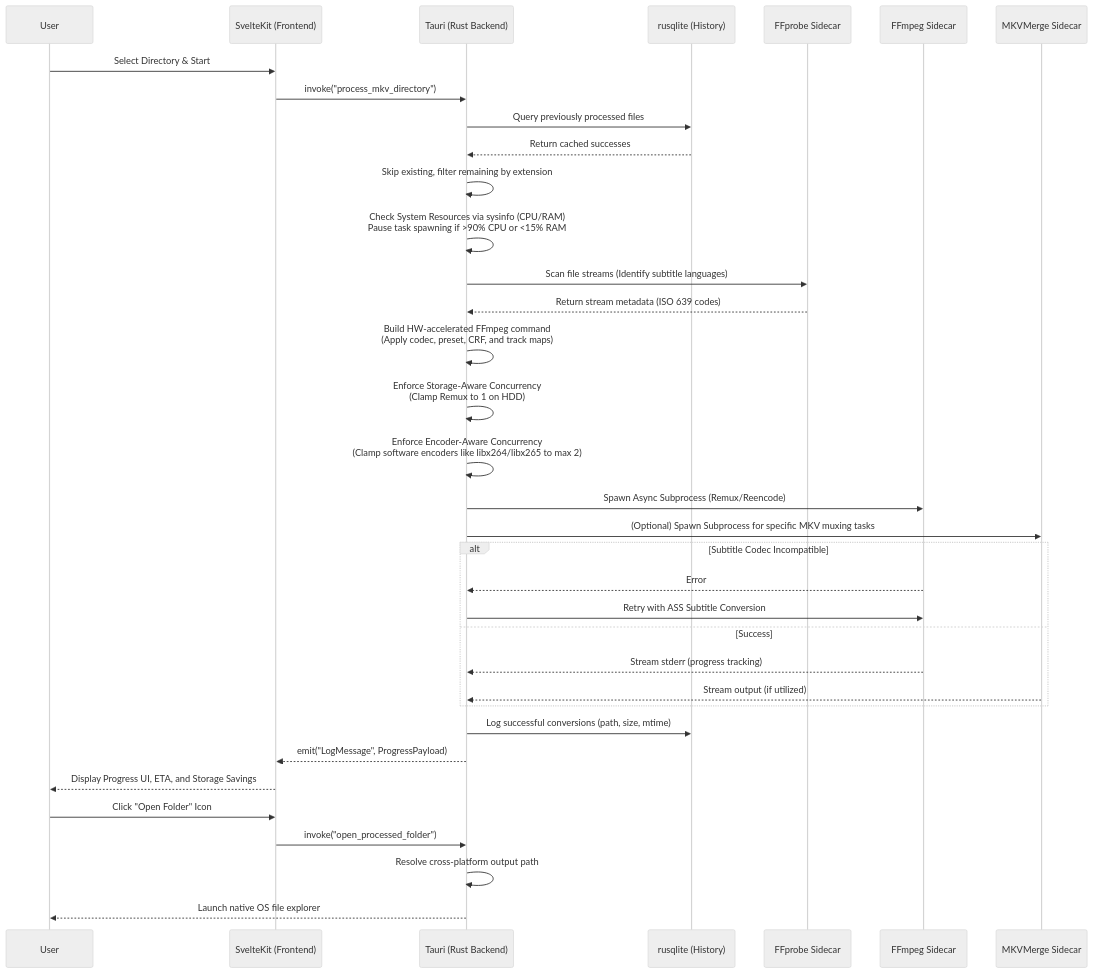
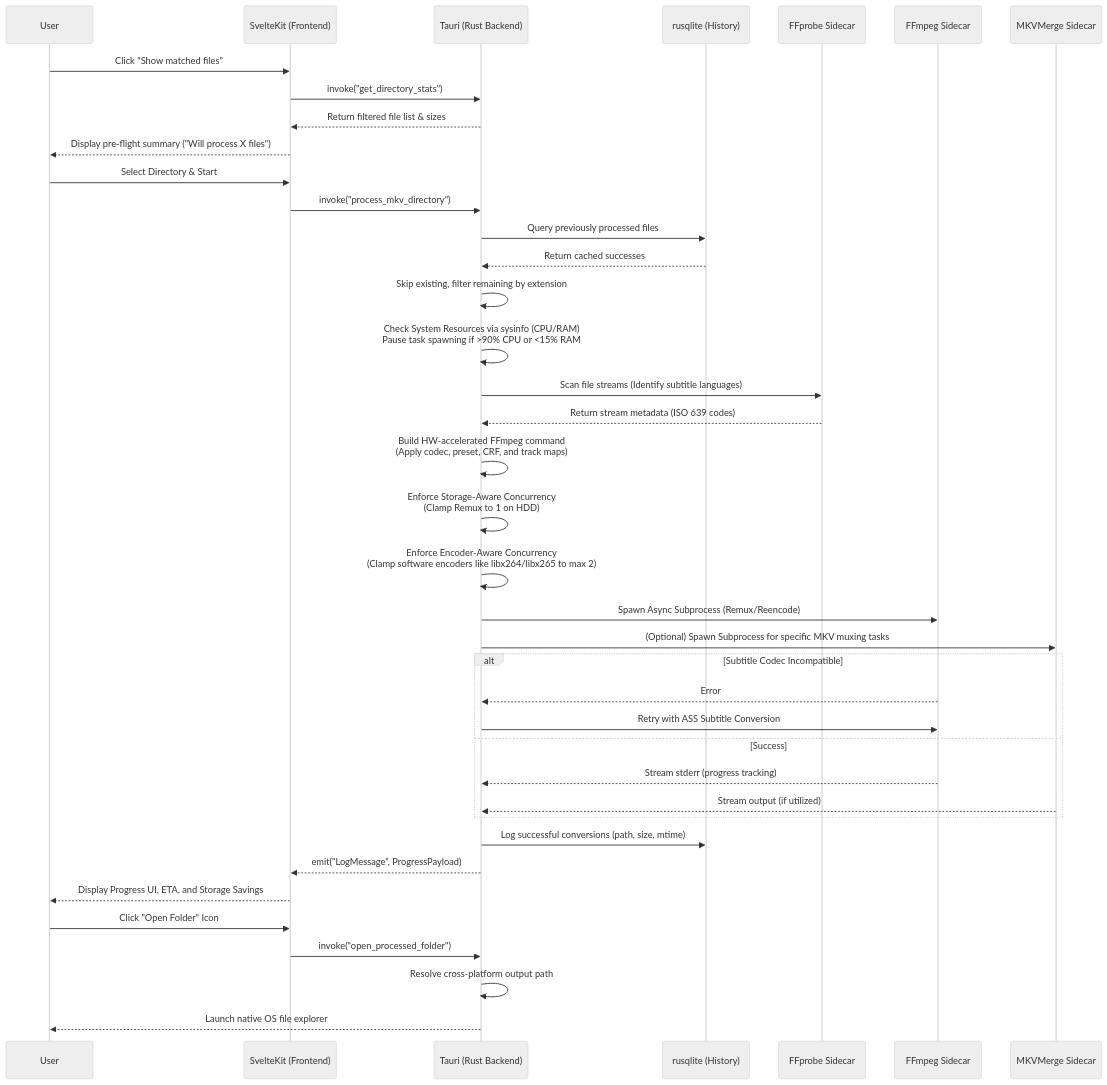
One commit to Cuates/rust changed the diagram in mkv-filter-metadata/docs/KNOWLEDGE_GRAPH.md. Above: the diagram before and after it, drawn with Mermaid (neutral theme). The commit also changed other lines of this file and 51 other files, not shown here.

````diff
--- a/mkv-filter-metadata/docs/KNOWLEDGE_GRAPH.md
+++ b/mkv-filter-metadata/docs/KNOWLEDGE_GRAPH.md
@@ -13,48 +13,54 @@
 ```mermaid
 sequenceDiagram
     participant User
     participant Frontend as SvelteKit (Frontend)
     participant Backend as Tauri (Rust Backend)
     participant SQLite as rusqlite (History)
     participant FFprobe as FFprobe Sidecar
     participant FFmpeg as FFmpeg Sidecar
     participant MKVMerge as MKVMerge Sidecar
+
+    %% Pre-flight Phase
+    User->>Frontend: Click "Show matched files"
+    Frontend->>Backend: invoke("get_directory_stats")
+    Backend-->>Frontend: Return filtered file list & sizes
+    Frontend-->>User: Display pre-flight summary ("Will process X files")
 
     User->>Frontend: Select Directory & Start
     Frontend->>Backend: invoke("process_mkv_directory")
     
     %% Idempotent Checks
     Backend->>SQLite: Query previously processed files
     SQLite-->>Backend: Return cached successes
     Backend->>Backend: Skip existing, filter remaining by extension
     
     %% Processing Phase
     Backend->>Backend: Check System Resources via sysinfo (CPU/RAM)<br/>Pause task spawning if >90% CPU or <15% RAM
     Backend->>FFprobe: Scan file streams (Identify subtitle languages)
     FFprobe-->>Backend: Return stream metadata (ISO 639 codes)
     Backend->>Backend: Build HW-accelerated FFmpeg command<br/>(Apply codec, preset, CRF, and track maps)
     Backend->>Backend: Enforce Storage-Aware Concurrency<br/>(Clamp Remux to 1 on HDD)
     Backend->>Backend: Enforce Encoder-Aware Concurrency<br/>(Clamp software encoders like libx264/libx265 to max 2)
     Backend->>FFmpeg: Spawn Async Subprocess (Remux/Reencode)
     Backend->>MKVMerge: (Optional) Spawn Subprocess for specific MKV muxing tasks
     
     %% Fallback & Progress
     alt Subtitle Codec Incompatible
         FFmpeg-->>Backend: Error
         Backend->>FFmpeg: Retry with ASS Subtitle Conversion
     else Success
         FFmpeg-->>Backend: Stream stderr (progress tracking)
         MKVMerge-->>Backend: Stream output (if utilized)
     end
     
     %% Completion
     Backend->>SQLite: Log successful conversions (path, size, mtime)
     Backend-->>Frontend: emit("LogMessage", ProgressPayload)
     Frontend-->>User: Display Progress UI, ETA, and Storage Savings
     
     %% Post-Processing
     User->>Frontend: Click "Open Folder" Icon
     Frontend->>Backend: invoke("open_processed_folder")
     Backend->>Backend: Resolve cross-platform output path
     Backend-->>User: Launch native OS file explorer
 ```
````
